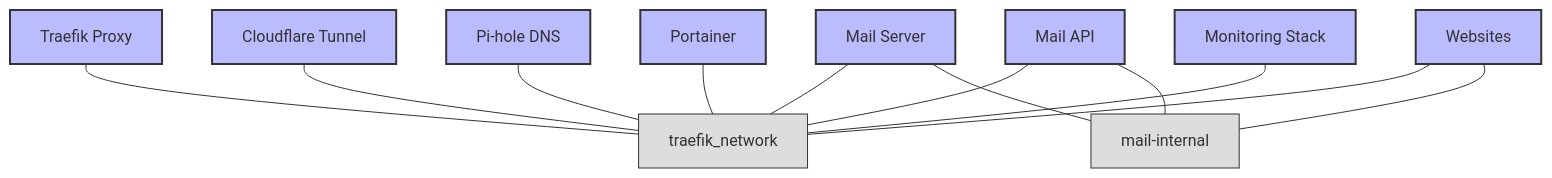
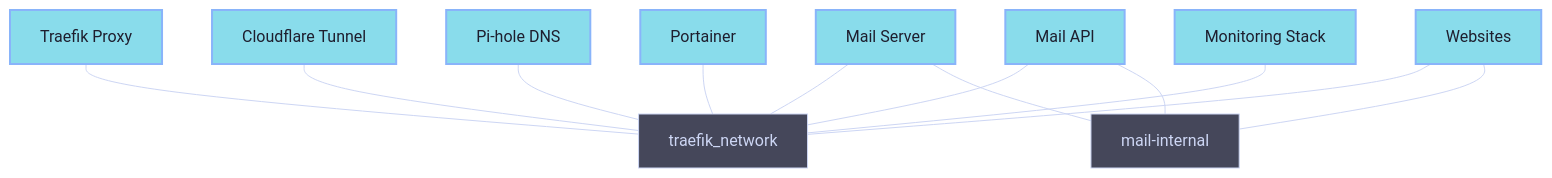
Before and after one commit to nahuelsantos/dinky-server: the second of 3 diagrams in wiki_content/System-Dependencies.md, drawn with Mermaid. The commit also changed other lines of this file and 14 other files, not shown here.

````diff
--- a/wiki_content/System-Dependencies.md
+++ b/wiki_content/System-Dependencies.md
@@ -90,36 +89,37 @@
 ```mermaid
+%%{init: { 'themeVariables': { 'darkMode': true, 'primaryColor': '#cba6f7', 'primaryTextColor': '#cdd6f4', 'primaryBorderColor': '#89b4fa', 'lineColor': '#cdd6f4', 'secondaryColor': '#89dceb', 'tertiaryColor': '#45475a' } } }%%
 graph TD
     %% Networks
     TraefikNet[traefik_network]
     MailNet[mail-internal]
     
     %% Services
     Traefik[Traefik Proxy]
     Cloudflared[Cloudflare Tunnel]
     Pihole[Pi-hole DNS]
     Portainer[Portainer]
     MailServer[Mail Server]
     MailAPI[Mail API]
     Websites[Websites]
     Monitoring[Monitoring Stack]
     
     %% Network Connections
     Traefik --- TraefikNet
     Cloudflared --- TraefikNet
     Pihole --- TraefikNet
     Portainer --- TraefikNet
     MailServer --- TraefikNet
     MailServer --- MailNet
     MailAPI --- TraefikNet
     MailAPI --- MailNet
     Websites --- TraefikNet
     Websites --- MailNet
     Monitoring --- TraefikNet
     
     %% Styling
-    classDef network fill:#ddd,stroke:#333,stroke-width:1px;
-    classDef service fill:#bbf,stroke:#333,stroke-width:2px;
+    classDef network fill:#45475a,stroke:#cdd6f4,stroke-width:1px,color:#cdd6f4;
+    classDef service fill:#89dceb,stroke:#89b4fa,stroke-width:2px,color:#1e1e2e;
     
     class TraefikNet,MailNet network;
     class Traefik,Cloudflared,Pihole,Portainer,MailServer,MailAPI,Websites,Monitoring service;
 ```
````
